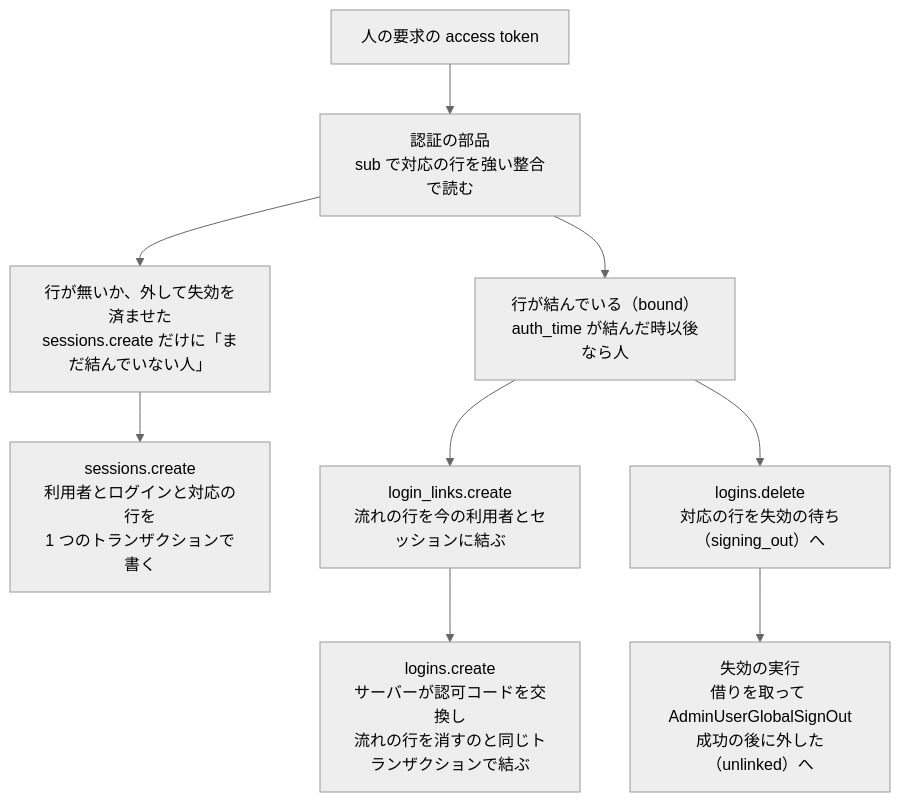
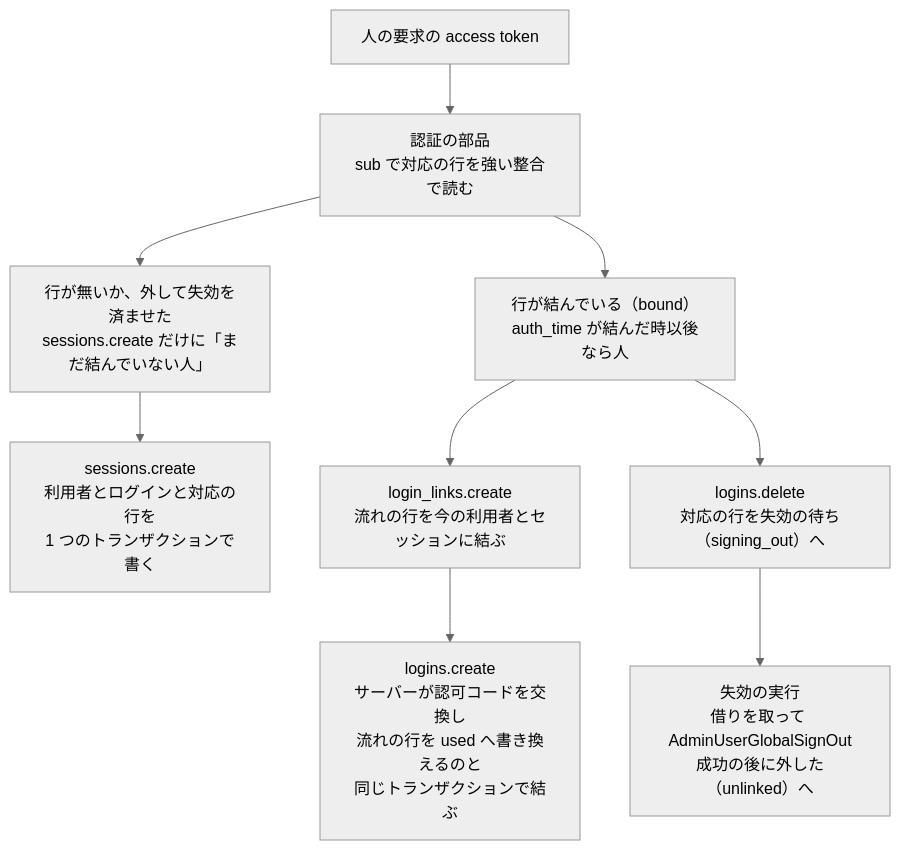
One commit to devbasex/nd-factory changed the second of 2 diagrams in issues/issue-2-design-auth.md. Above: the diagram before and after it, drawn with Mermaid (neutral theme). The commit also changed other lines of this file and 3 other files, not shown here.

Commit message:
Docs: logins.create の結果の分からない送り直しの成否を、ログインの一覧の増減でなく used にした流れの行の確定した結果で返す（#2）

````diff
--- a/issues/issue-2-design-auth.md
+++ b/issues/issue-2-design-auth.md
@@ -42,11 +42,11 @@
 ```mermaid
 graph TD
   tok["人の要求の access token"] --> auth["認証の部品<br/>sub で対応の行を強い整合で読む"]
   auth --> bound["行が結んでいる（bound）<br/>auth_time が結んだ時以後なら人"]
   auth --> fresh["行が無いか、外して失効を済ませた<br/>sessions.create だけに「まだ結んでいない人」"]
   fresh --> sc["sessions.create<br/>利用者とログインと対応の行を<br/>1 つのトランザクションで書く"]
   bound --> ll["login_links.create<br/>流れの行を今の利用者とセッションに結ぶ"]
-  ll --> lc["logins.create<br/>サーバーが認可コードを交換し<br/>流れの行を消すのと同じトランザクションで結ぶ"]
+  ll --> lc["logins.create<br/>サーバーが認可コードを交換し<br/>流れの行を used へ書き換えるのと<br/>同じトランザクションで結ぶ"]
   bound --> ld["logins.delete<br/>対応の行を失効の待ち（signing_out）へ"]
   ld --> so["失効の実行<br/>借りを取って AdminUserGlobalSignOut<br/>成功の後に外した（unlinked）へ"]
 ```
````
